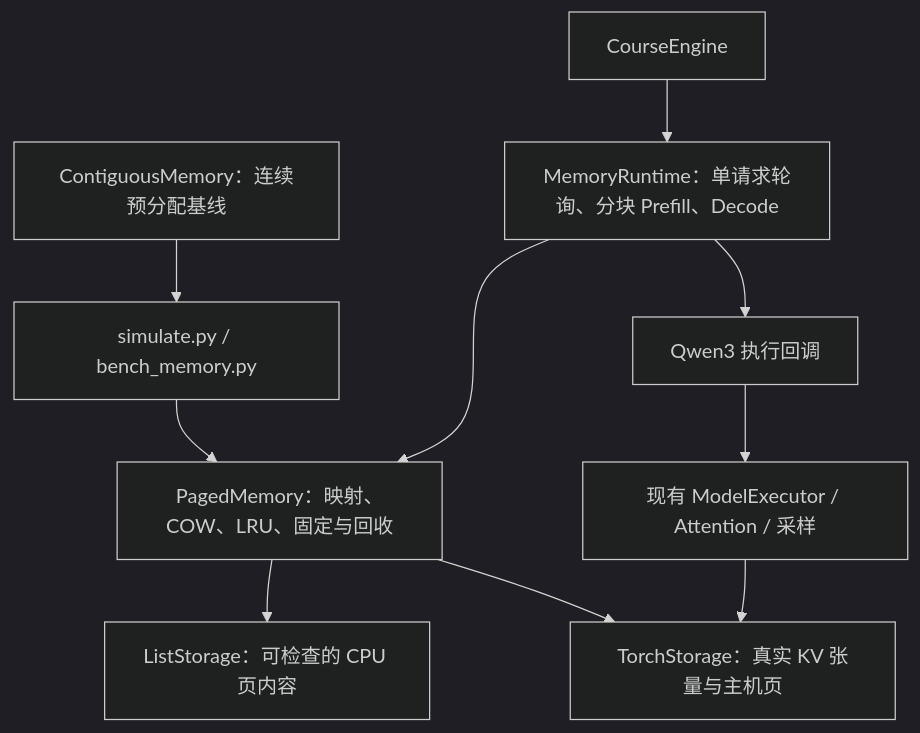
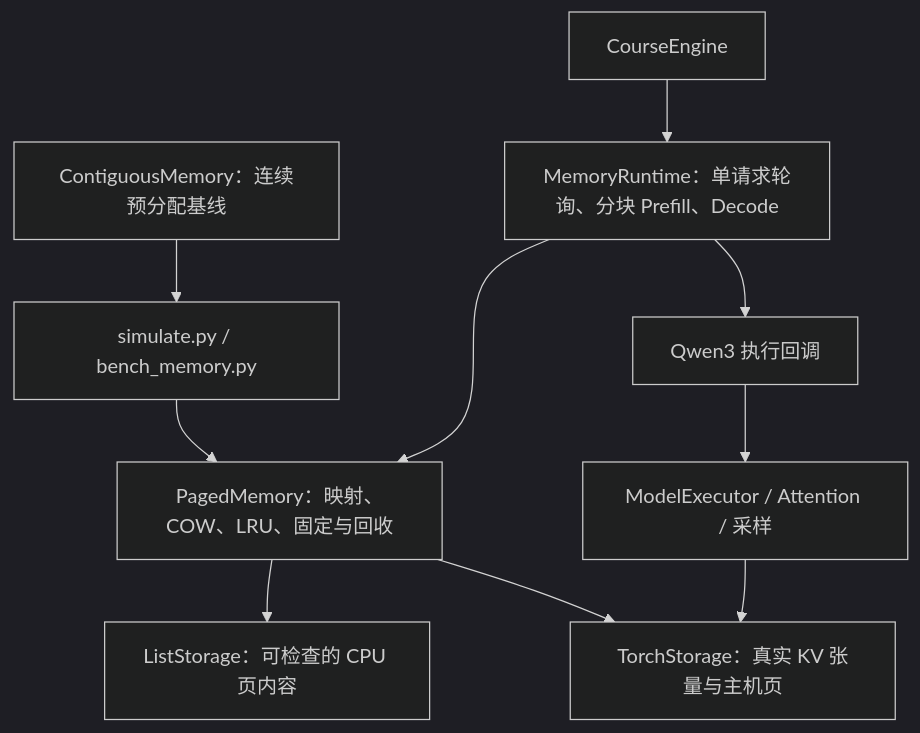
One commit to RiceXi/Professional-Internship changed the first of 4 diagrams in docs/00-系统设计.md. Above: the diagram before and after it, drawn with Mermaid (dark theme). The commit also changed other lines of this file and 9 other files, not shown here.

````diff
--- a/docs/00-系统设计.md
+++ b/docs/00-系统设计.md
@@ -21,12 +21,12 @@
 ```mermaid
 flowchart TB
     CPU[simulate.py / bench_memory.py] --> M[PagedMemory：映射、COW、LRU、固定与回收]
     R[MemoryRuntime：单请求轮询、分块 Prefill、Decode] --> M
     M --> L[ListStorage：可检查的 CPU 页内容]
     M --> T[TorchStorage：真实 KV 张量与主机页]
     C[CourseEngine] --> R
     R --> E[Qwen3 执行回调]
-    E --> Q[现有 ModelExecutor / Attention / 采样]
+    E --> Q[ModelExecutor / Attention / 采样]
     Q --> T
     B[ContiguousMemory：连续预分配基线] --> CPU
 ```
````
